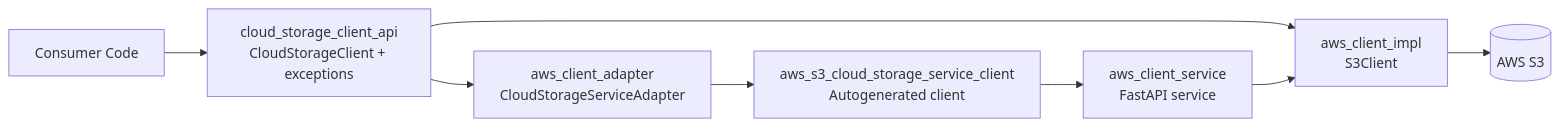
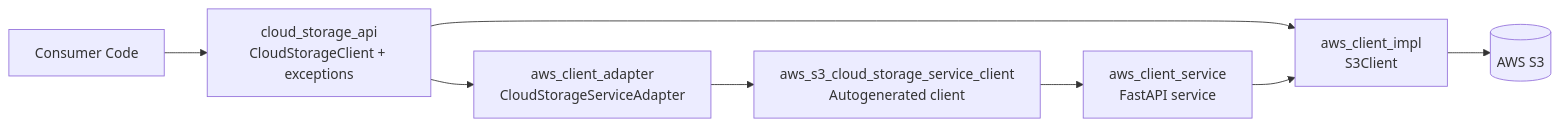
The first of 3 diagrams in DESIGN.md (2SpaceMasterRace/nimbus), drawn with Mermaid before and after one commit. The commit also changed other lines of this file and 14 other files, not shown here.

````diff
--- a/DESIGN.md
+++ b/DESIGN.md
@@ -33,18 +33,18 @@
 ```mermaid
 flowchart LR
     User[Consumer Code]
-    API[cloud_storage_client_api\nCloudStorageClient + exceptions]
+    API[cloud_storage_api\nCloudStorageClient + exceptions]
     Local[aws_client_impl\nS3Client]
     Adapter[aws_client_adapter\nCloudStorageServiceAdapter]
     Generated[aws_s3_cloud_storage_service_client\nAutogenerated client]
     Service[aws_client_service\nFastAPI service]
     S3[(AWS S3)]
 
     User --> API
     API --> Local
     API --> Adapter
     Adapter --> Generated
     Generated --> Service
     Service --> Local
     Local --> S3
 ```
````
